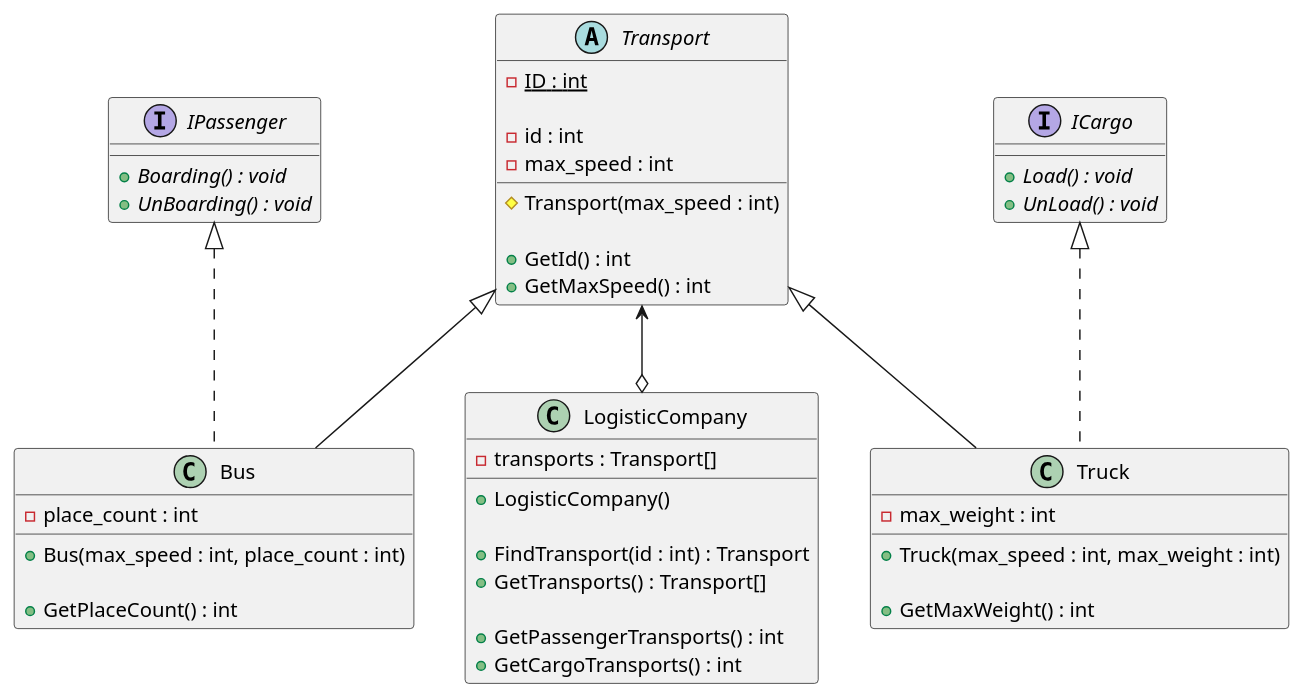
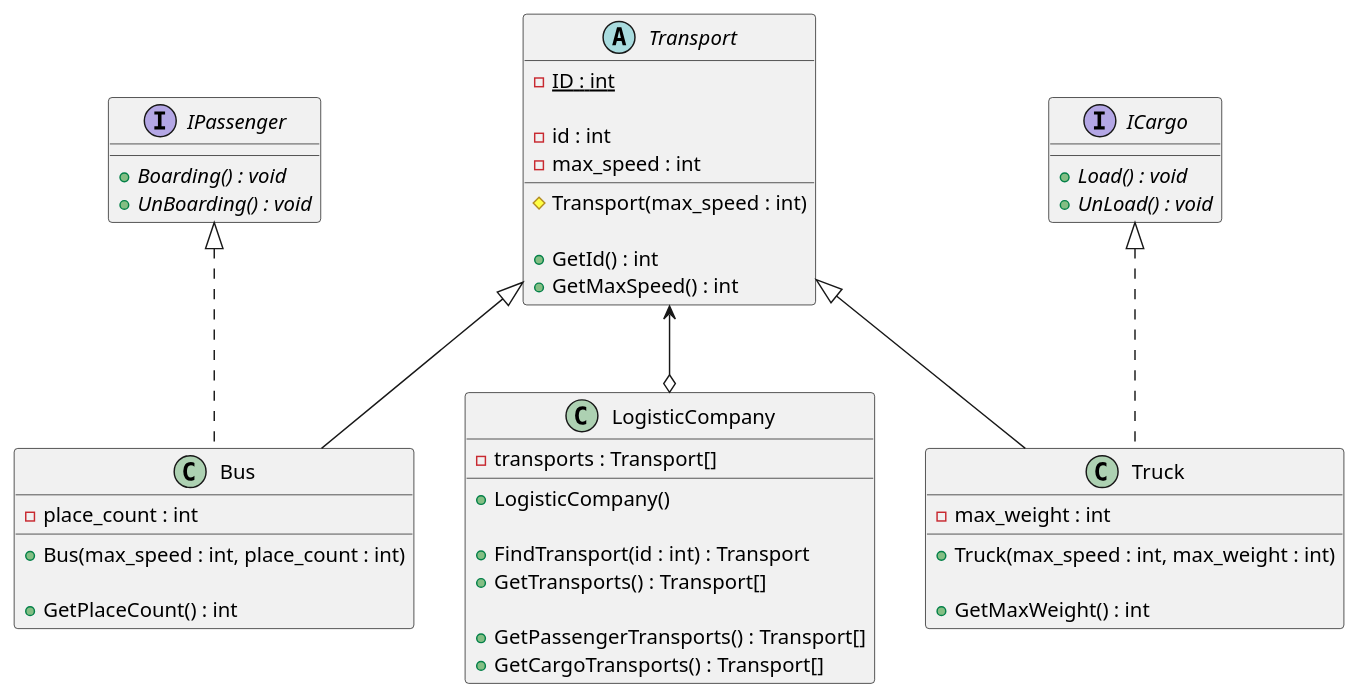
The diagram in Logistik/class_diagram.puml (anst-foto/Logistik), drawn with PlantUML before and after one commit. The commit also changed 1 other file, not shown here.

```diff
--- a/Logistik/class_diagram.puml
+++ b/Logistik/class_diagram.puml
@@ -1,59 +1,59 @@
 @startuml
 'https://plantuml.com/class-diagram
 
 interface IPassenger {
     + {abstract} Boarding() : void
     + {abstract} UnBoarding() : void
 }
 
 interface ICargo {
     + {abstract} Load() : void
     + {abstract} UnLoad() : void
 }
 
 abstract class Transport {
     - {static} ID : int
     
     - id : int
     - max_speed : int
     
     # Transport(max_speed : int)
     
     + GetId() : int
     + GetMaxSpeed() : int
 }
 
 Transport <|-- Bus
 IPassenger <|.. Bus
 class Bus {
     - place_count : int
     
     + Bus(max_speed : int, place_count : int)
     
     + GetPlaceCount() : int
 }
 
 Transport <|-- Truck
 ICargo <|.. Truck
 class Truck {
     - max_weight : int
     
     + Truck(max_speed : int, max_weight : int)
     
     + GetMaxWeight() : int
 }
 
 Transport <--o LogisticCompany
 class LogisticCompany{
     - transports : Transport[]
     
     + LogisticCompany()
     
     + FindTransport(id : int) : Transport
     + GetTransports() : Transport[]
     
-    + GetPassengerTransports() : int
-    + GetCargoTransports() : int
+    + GetPassengerTransports() : Transport[]
+    + GetCargoTransports() : Transport[]
 }
 
 @enduml
```
